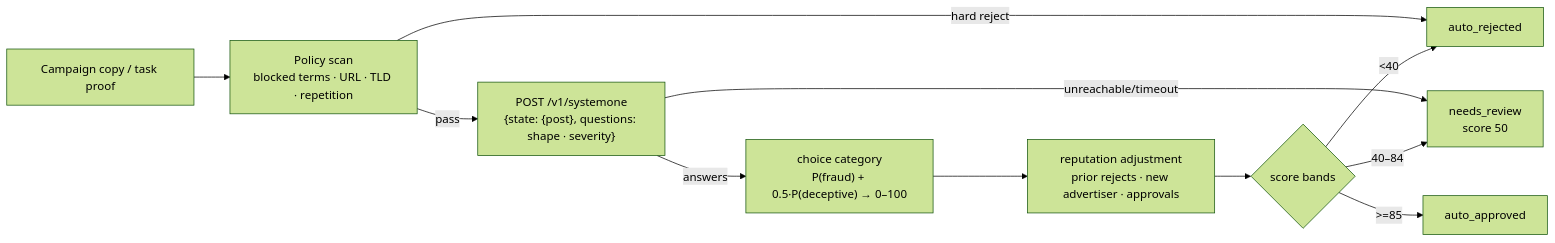
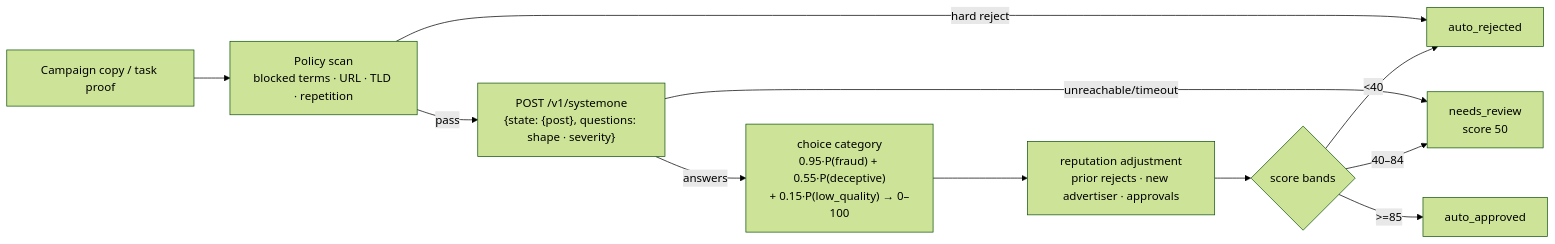
Before and after one commit to BurningFlamesss/meantime: the fifth of 6 diagrams in ARCHITECTURE.md, drawn with Mermaid (forest theme). The commit also changed other lines of this file and 27 other files, not shown here.

````diff
--- a/ARCHITECTURE.md
+++ b/ARCHITECTURE.md
@@ -328,13 +353,13 @@
 ```mermaid
 flowchart LR
   IN["Campaign copy / task proof"] --> POL["Policy scan<br/>blocked terms · URL · TLD · repetition"]
   POL -->|hard reject| REJ["auto_rejected"]
   POL -->|pass| LAYA["POST /v1/systemone<br/>{state: {post}, questions: shape · severity}"]
   LAYA -->|unreachable/timeout| REV["needs_review<br/>score 50"]
-  LAYA -->|answers| MAP["choice category<br/>P(fraud) + 0.5·P(deceptive) → 0–100"]
+  LAYA -->|answers| MAP["choice category<br/>0.95·P(fraud) + 0.55·P(deceptive)<br/>+ 0.15·P(low_quality) → 0–100"]
   MAP --> ADJ["reputation adjustment<br/>prior rejects · new advertiser · approvals"]
   ADJ --> DEC{"score bands"}
   DEC -->|">=85"| APP["auto_approved"]
   DEC -->|"<40"| REJ
   DEC -->|"40–84"| REV
 ```
````
